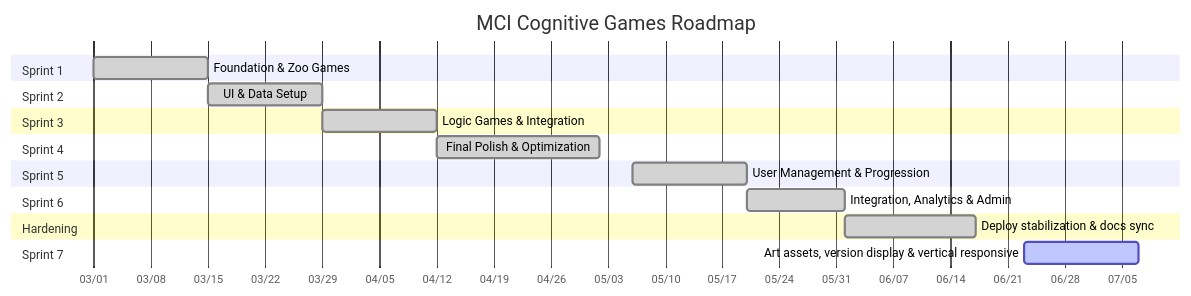
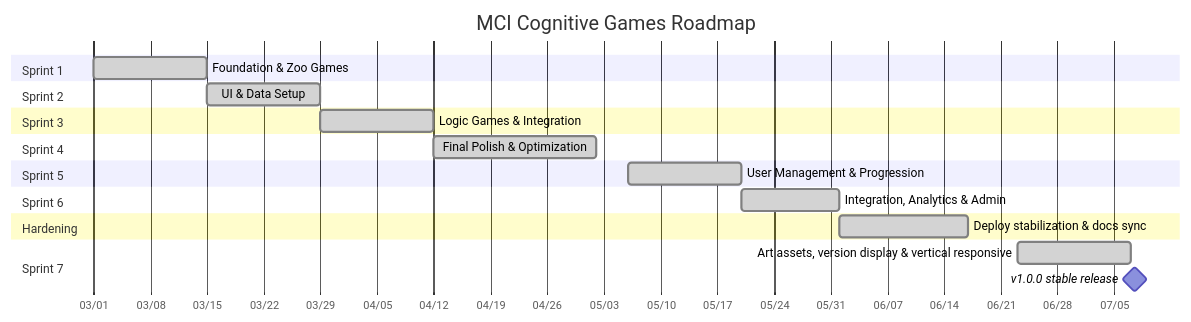
One commit to ChayutChanmueang/mci-cognitive-game-hub-dev-deploy changed the diagram in docs/agile/02-sprint-planning.md. Above: the diagram before and after it, drawn with Mermaid. The commit also changed other lines of this file and 6 other files, not shown here.

Commit message:
chore: bump version to 1.0.0 for stable production release; update changelog and documentation to reflect new status

````diff
--- a/docs/agile/02-sprint-planning.md
+++ b/docs/agile/02-sprint-planning.md
@@ -21,22 +21,23 @@
 ```mermaid
 gantt
     title MCI Cognitive Games Roadmap
     dateFormat  YYYY-MM-DD
     axisFormat  %m/%d
     section Sprint 1
     Foundation & Zoo Games :done, s1, 2026-03-01, 14d
     section Sprint 2
     UI & Data Setup        :done, s2, 2026-03-15, 14d
     section Sprint 3
     Logic Games & Integration :done, s3, 2026-03-29, 14d
     section Sprint 4
     Final Polish & Optimization :done, s4, 2026-04-12, 20d
     section Sprint 5
     User Management & Progression :done, s5, 2026-05-06, 14d
     section Sprint 6
     Integration, Analytics & Admin :done, s6, 2026-05-20, 12d
     section Hardening
     Deploy stabilization & docs sync :done, harden, 2026-06-01, 16d
     section Sprint 7
-    Art assets, version display & vertical responsive :active, s7, 2026-06-23, 14d
+    Art assets, version display & vertical responsive :done, s7, 2026-06-23, 14d
+    v1.0.0 stable release :milestone, rel10, 2026-07-07, 1d
 ```
````
